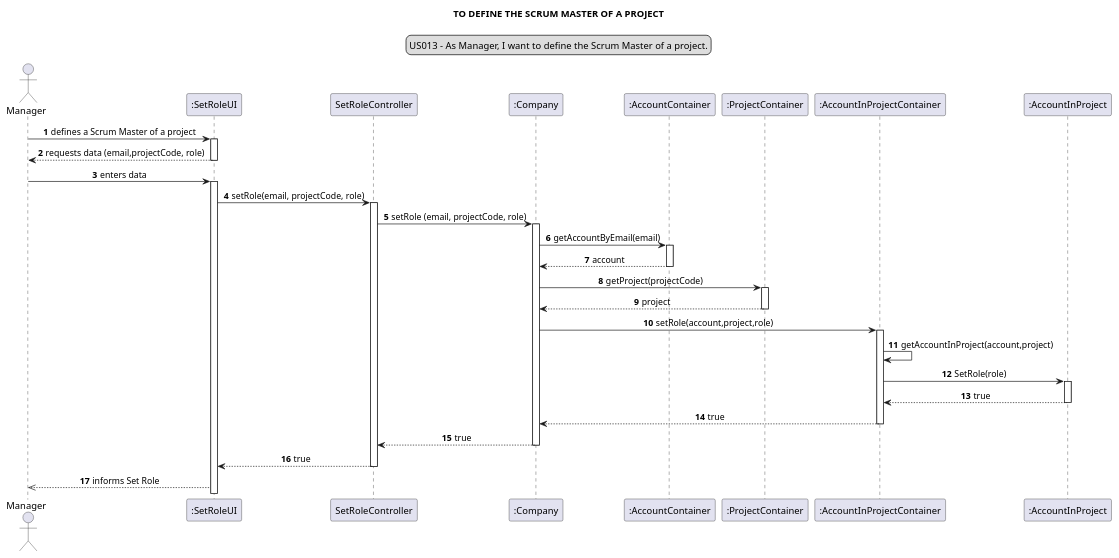
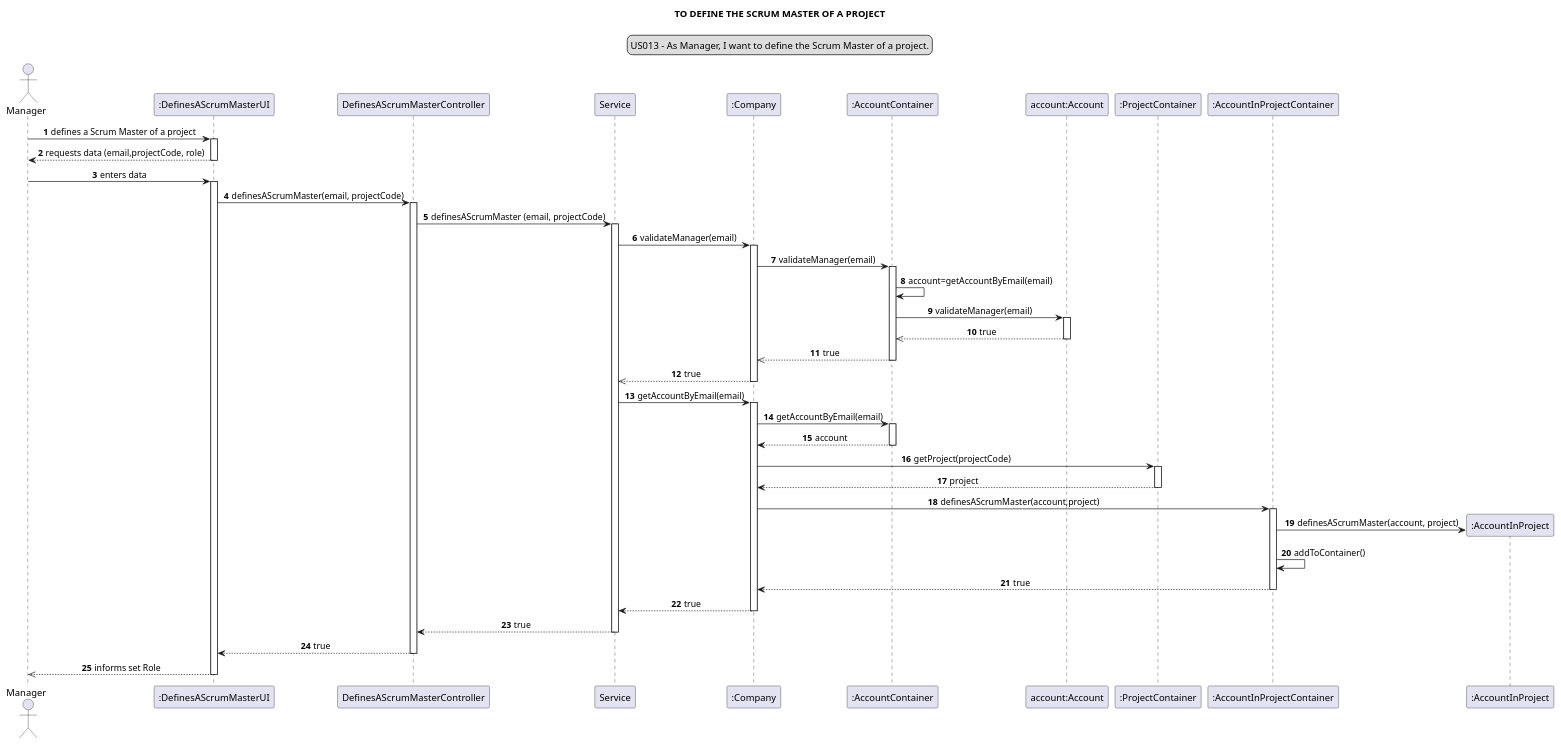
Before and after one commit to Loracline/project_switch_22-23: the diagram in docs/modelling_design/user_stories/us013/US013_sequenceDiagram.puml, drawn with PlantUML. The commit also changed other lines of this file and 1 other file, not shown here.

Commit message:
US013: Design: Refined class and sequence diagrams

```diff
--- a/docs/modelling_design/user_stories/us013/US013_sequenceDiagram.puml
+++ b/docs/modelling_design/user_stories/us013/US013_sequenceDiagram.puml
@@ -3,55 +3,71 @@
 @startuml
 'https://plantuml.com/class-diagram
 skinparam sequenceMessageAlign center
 title TO DEFINE THE SCRUM MASTER OF A PROJECT
 legend top
 US013 - As Manager, I want to define the Scrum Master of a project.
 end legend
 autonumber
 
 actor Manager
-participant ":SetRoleUI" as ui
-participant "SetRoleController" as controller
+participant ":DefinesAScrumMasterUI" as ui
+participant "DefinesAScrumMasterController" as controller
+participant "Service" as ser
 participant ":Company" as company
-participant ":AccountContainer" as acccontainer
-participant ":ProjectContainer" as pcontainer
+participant ":AccountContainer" as ac
+participant "account:Account" as a
+participant ":ProjectContainer" as pcpcontainer
 participant ":AccountInProjectContainer" as accinprojcont
 participant ":AccountInProject" as accinproj
 
 
 Manager -> ui:  defines a Scrum Master of a project
 activate ui
 Manager <-- ui:  requests data (email,projectCode, role)
 deactivate ui
 Manager -> ui:  enters data
 activate ui
-ui -> controller: setRole(email, projectCode, role)
+ui -> controller: definesAScrumMaster(email, projectCode)
 activate controller
-controller -> company: setRole (email, projectCode, role)
+controller -> ser: definesAScrumMaster (email, projectCode)
+activate ser
+ser -> company: validateManager(email)
 activate company
-company -> acccontainer: getAccountByEmail(email)
-activate acccontainer
-company <-- acccontainer: account
-deactivate acccontainer
-company -> pcontainer: getProject(projectCode)
-activate pcontainer
-company <-- pcontainer: project
-deactivate pcontainer
-company -> accinprojcont: setRole(account,project,role)
+company -> ac: validateManager(email)
+activate ac
+ac -> ac: account=getAccountByEmail(email)
+ac -> a: validateManager(email)
+activate a
+a -->> ac: true
+deactivate a
+ac -->> company: true
+deactivate ac
+company -->> ser: true
+deactivate company
+ser -> company: getAccountByEmail(email)
+activate company
+company -> ac: getAccountByEmail(email)
+activate ac
+company <-- ac: account
+deactivate ac
+company -> pcpcontainer: getProject(projectCode)
+activate pcpcontainer
+company <-- pcpcontainer: project
+deactivate pcpcontainer
+company -> accinprojcont: definesAScrumMaster(account,project)
 activate accinprojcont
-accinprojcont -> accinprojcont : getAccountInProject(account,project)
-accinprojcont -> accinproj: SetRole(role)
-activate accinproj
-accinproj --> accinprojcont: true
-
+create accinproj
+accinprojcont -> accinproj: definesAScrumMaster(account, project)
+accinprojcont -> accinprojcont: addToContainer()
 deactivate accinproj
 accinprojcont --> company: true
 deactivate accinprojcont
-company --> controller : true
+company --> ser : true
 deactivate company
+ser --> controller: true
+deactivate ser
 controller --> ui: true
 deactivate controller
-ui -->> Manager: informs Set Role
-
-
+ui -->> Manager: informs set Role
+deactivate ui
 @enduml
```
